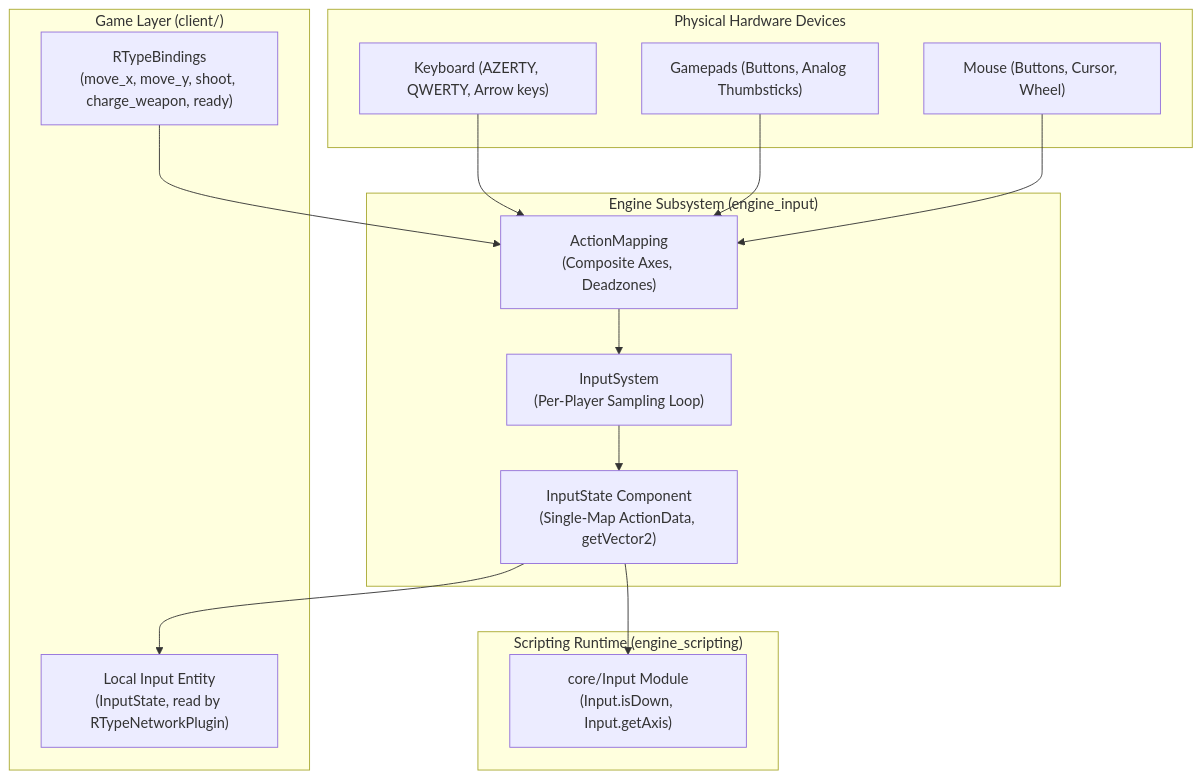
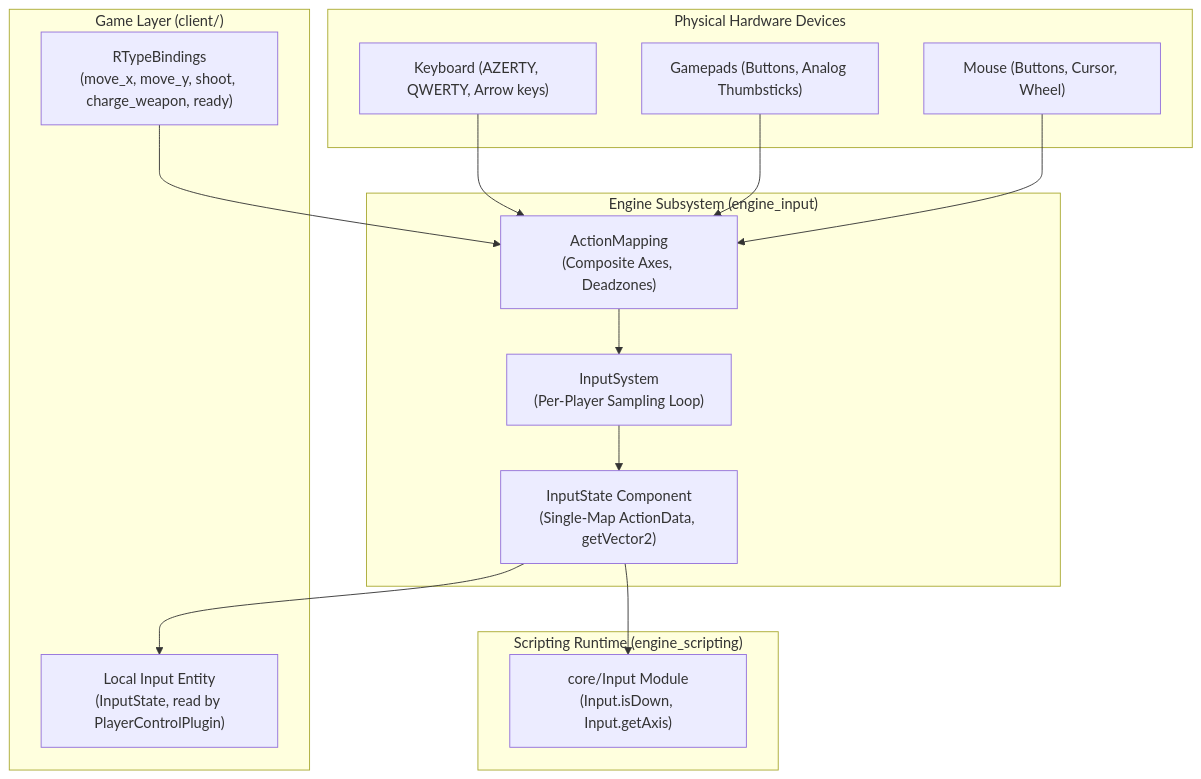
The diagram in docs/architecture/input_system.md (Matt4401/Mirror-Rtype), drawn with Mermaid before and after one commit. The commit also changed 5 other files, not shown here.

````diff
--- a/docs/architecture/input_system.md
+++ b/docs/architecture/input_system.md
@@ -16,32 +16,32 @@
 ```mermaid
 flowchart TD
     subgraph Hardware["Physical Hardware Devices"]
         KB["Keyboard (AZERTY, QWERTY, Arrow keys)"]
         GP["Gamepads (Buttons, Analog Thumbsticks)"]
         MS["Mouse (Buttons, Cursor, Wheel)"]
     end
 
     subgraph ClientLayer["Game Layer (client/)"]
         Bindings["RTypeBindings\n(move_x, move_y, shoot, charge_weapon, ready)"]
-        Ship["Local Input Entity\n(InputState, read by RTypeNetworkPlugin)"]
+        Ship["Local Input Entity\n(InputState, read by PlayerControlPlugin)"]
     end
 
     subgraph EngineLayer["Engine Subsystem (engine_input)"]
         AM["ActionMapping\n(Composite Axes, Deadzones)"]
         IS["InputSystem\n(Per-Player Sampling Loop)"]
         State["InputState Component\n(Single-Map ActionData, getVector2)"]
     end
 
     subgraph ScriptLayer["Scripting Runtime (engine_scripting)"]
         Wren["core/Input Module\n(Input.isDown, Input.getAxis)"]
     end
 
     KB --> AM
     GP --> AM
     MS --> AM
     Bindings --> AM
     AM --> IS
     IS --> State
     State --> Ship
     State --> Wren
 ```
````
